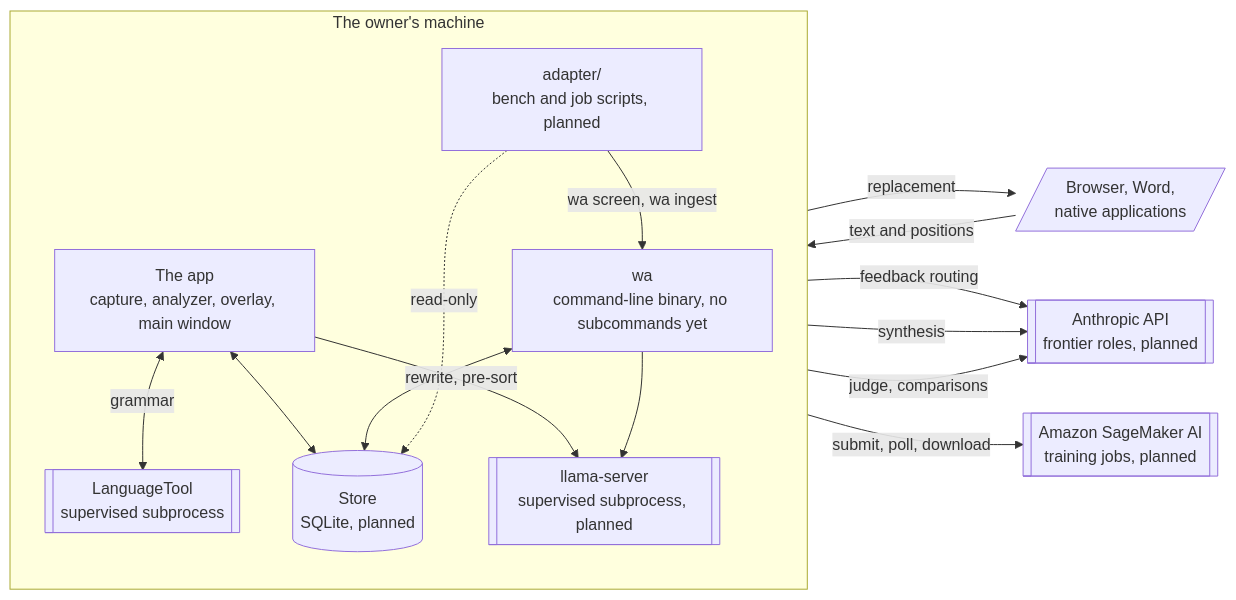
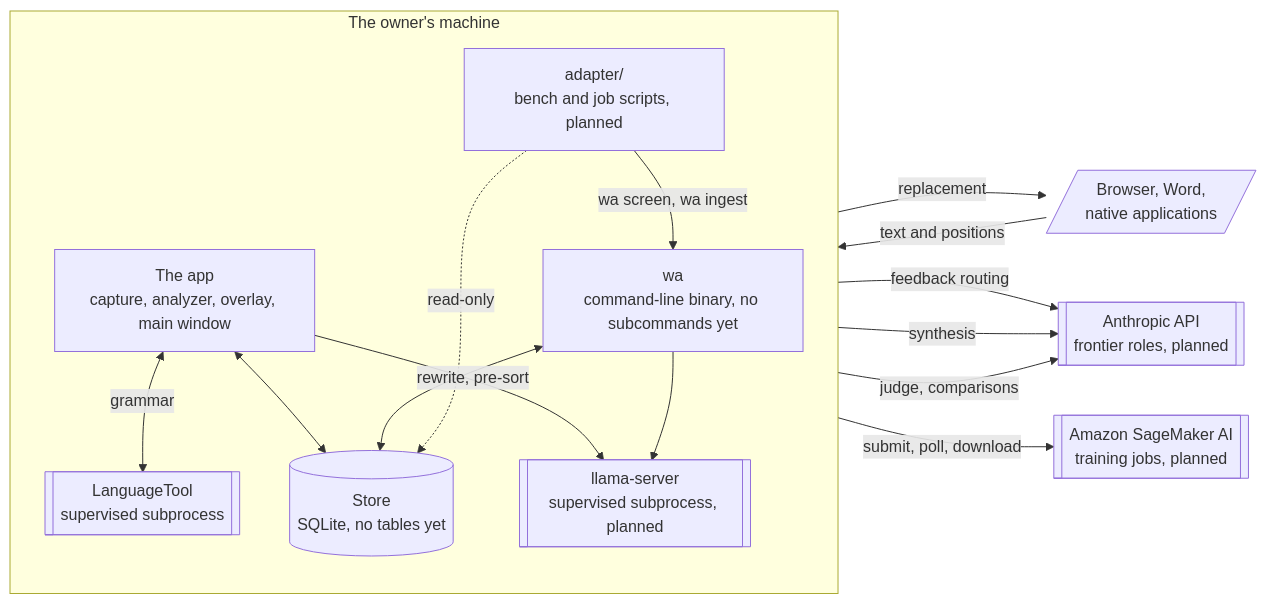
The third of 3 diagrams in README.md (Bernice-Koh/writing-assistant), drawn with Mermaid before and after one commit. The commit also changed other lines of this file and 3 other files, not shown here.

````diff
--- a/README.md
+++ b/README.md
@@ -360,31 +360,31 @@
 ```mermaid
 flowchart LR
     Apps[/"Browser, Word,<br/>native applications"/]
 
     subgraph Machine["The owner's machine"]
         direction TB
         App["The app<br/>capture, analyzer, overlay, main window"]
         LT[["LanguageTool<br/>supervised subprocess"]]
-        Store[("Store<br/>SQLite, planned")]
+        Store[("Store<br/>SQLite, no tables yet")]
         LS[["llama-server<br/>supervised subprocess, planned"]]
         WA["wa<br/>command-line binary, no subcommands yet"]
         Py["adapter/<br/>bench and job scripts, planned"]
     end
 
     Api[["Anthropic API<br/>frontier roles, planned"]]
     Sage[["Amazon SageMaker AI<br/>training jobs, planned"]]
 
     Apps -->|"text and positions"| App
     App -->|"replacement"| Apps
     App <-->|"grammar"| LT
     App <--> Store
     App -->|"rewrite, pre-sort"| LS
     WA <--> Store
     WA --> LS
     Py -->|"wa screen, wa ingest"| WA
     Py -.->|"read-only"| Store
     App -->|"feedback routing"| Api
     WA -->|"synthesis"| Api
     Py -->|"judge, comparisons"| Api
     Py -->|"submit, poll, download"| Sage
 ```
````
